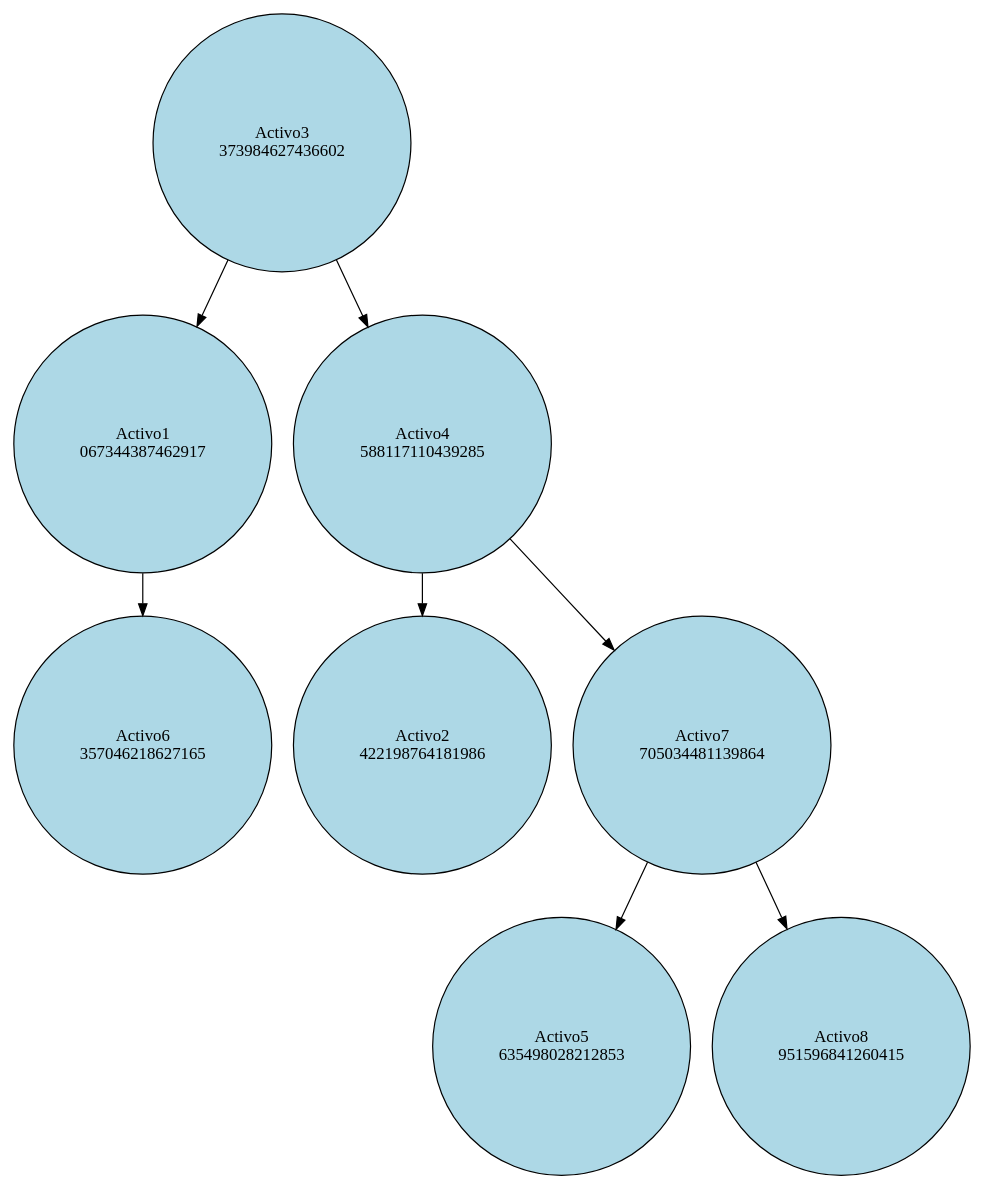
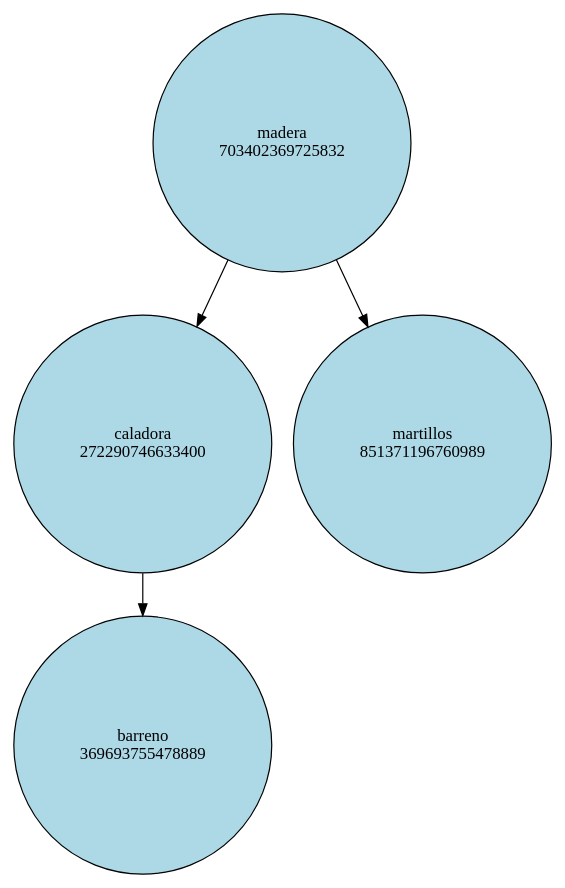
Before and after one commit to Mlvin40/RentaDeActivos: the diagram in cmake-build-debug/arbol.dot, drawn with Graphviz. The commit also changed 22 other files, not shown here.

```diff
--- a/cmake-build-debug/arbol.dot
+++ b/cmake-build-debug/arbol.dot
@@ -1,18 +1,10 @@
 digraph AVL {
     node [shape=circle, style=filled];
-    "373984627436602" [label="Activo3\n373984627436602", fillcolor=lightblue];
-    "373984627436602" -> "067344387462917";
-    "067344387462917" [label="Activo1\n067344387462917", fillcolor=lightblue];
-    "067344387462917" -> "357046218627165";
-    "357046218627165" [label="Activo6\n357046218627165", fillcolor=lightblue];
-    "373984627436602" -> "588117110439285";
-    "588117110439285" [label="Activo4\n588117110439285", fillcolor=lightblue];
-    "588117110439285" -> "422198764181986";
-    "422198764181986" [label="Activo2\n422198764181986", fillcolor=lightblue];
-    "588117110439285" -> "705034481139864";
-    "705034481139864" [label="Activo7\n705034481139864", fillcolor=lightblue];
-    "705034481139864" -> "635498028212853";
-    "635498028212853" [label="Activo5\n635498028212853", fillcolor=lightblue];
-    "705034481139864" -> "951596841260415";
-    "951596841260415" [label="Activo8\n951596841260415", fillcolor=lightblue];
+    "703402369725832" [label="madera\n703402369725832", fillcolor=lightblue];
+    "703402369725832" -> "272290746633400";
+    "272290746633400" [label="caladora\n272290746633400", fillcolor=lightblue];
+    "272290746633400" -> "369693755478889";
+    "369693755478889" [label="barreno\n369693755478889", fillcolor=lightblue];
+    "703402369725832" -> "851371196760989";
+    "851371196760989" [label="martillos\n851371196760989", fillcolor=lightblue];
 }
```
